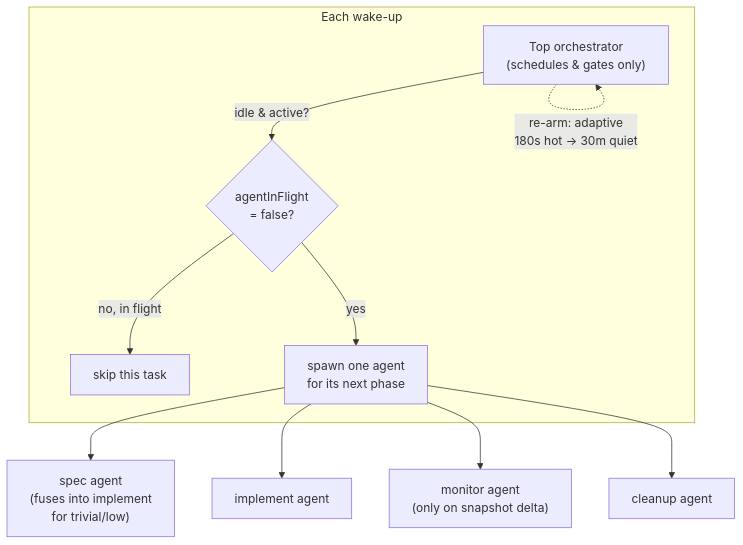
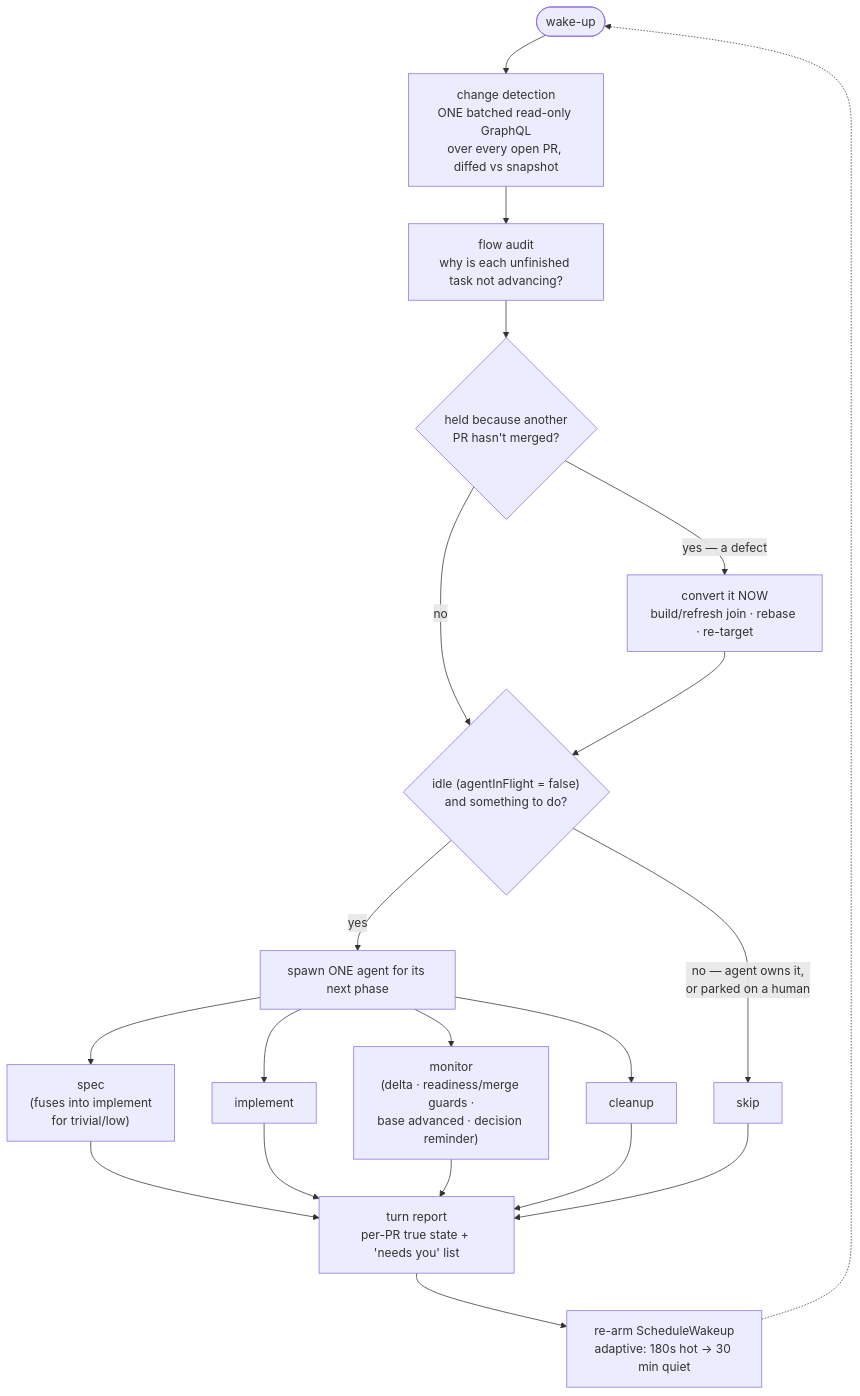
One commit to hugo-hsbtech/hsb-plugin-marketplace changed the fifth of 9 diagrams in plugins/cadence/README.md. Above: the diagram before and after it, drawn with Mermaid. The commit also changed other lines of this file, not shown here.

First line of the commit message:
docs(cadence): diagram the v3.3.0 flows — tick pipeline, join lifecycle, readiness/merge, open decisions

````diff
--- a/plugins/cadence/README.md
+++ b/plugins/cadence/README.md
@@ -353,14 +366,19 @@
 ```mermaid
 flowchart TD
-  subgraph Tick["Each wake-up"]
-    O["Top orchestrator<br/>(schedules & gates only)"]
-    O -->|"idle & active?"| G{"agentInFlight<br/>= false?"}
-    G -->|no, in flight| SKIP["skip this task"]
-    G -->|yes| SP["spawn one agent<br/>for its next phase"]
-  end
-  SP --> A1["spec agent<br/>(fuses into implement<br/>for trivial/low)"]
-  SP --> A2["implement agent"]
-  SP --> A3["monitor agent<br/>(only on snapshot delta)"]
-  SP --> A4["cleanup agent"]
-  O -.->|"re-arm: adaptive<br/>180s hot → 30m quiet"| O
+  W(["wake-up"]) --> CD["change detection<br/>ONE batched read-only GraphQL<br/>over every open PR, diffed vs snapshot"]
+  CD --> FA["flow audit<br/>why is each unfinished task not advancing?"]
+  FA --> Q{"held because another<br/>PR hasn't merged?"}
+  Q -->|"yes — a defect"| CONV["convert it NOW<br/>build/refresh join · rebase · re-target"]
+  Q -->|no| G{"idle (agentInFlight = false)<br/>and something to do?"}
+  CONV --> G
+  G -->|"no — agent owns it,<br/>or parked on a human"| SKIP["skip"]
+  G -->|yes| SP["spawn ONE agent for its next phase"]
+  SP --> A1["spec<br/>(fuses into implement<br/>for trivial/low)"]
+  SP --> A2["implement"]
+  SP --> A3["monitor<br/>(delta · readiness/merge guards ·<br/>base advanced · decision reminder)"]
+  SP --> A4["cleanup"]
+  A1 & A2 & A3 & A4 --> RPT
+  SKIP --> RPT["turn report<br/>per-PR true state + 'needs you' list"]
+  RPT --> RE["re-arm ScheduleWakeup<br/>adaptive: 180s hot → 30 min quiet"]
+  RE -.-> W
 ```
````
